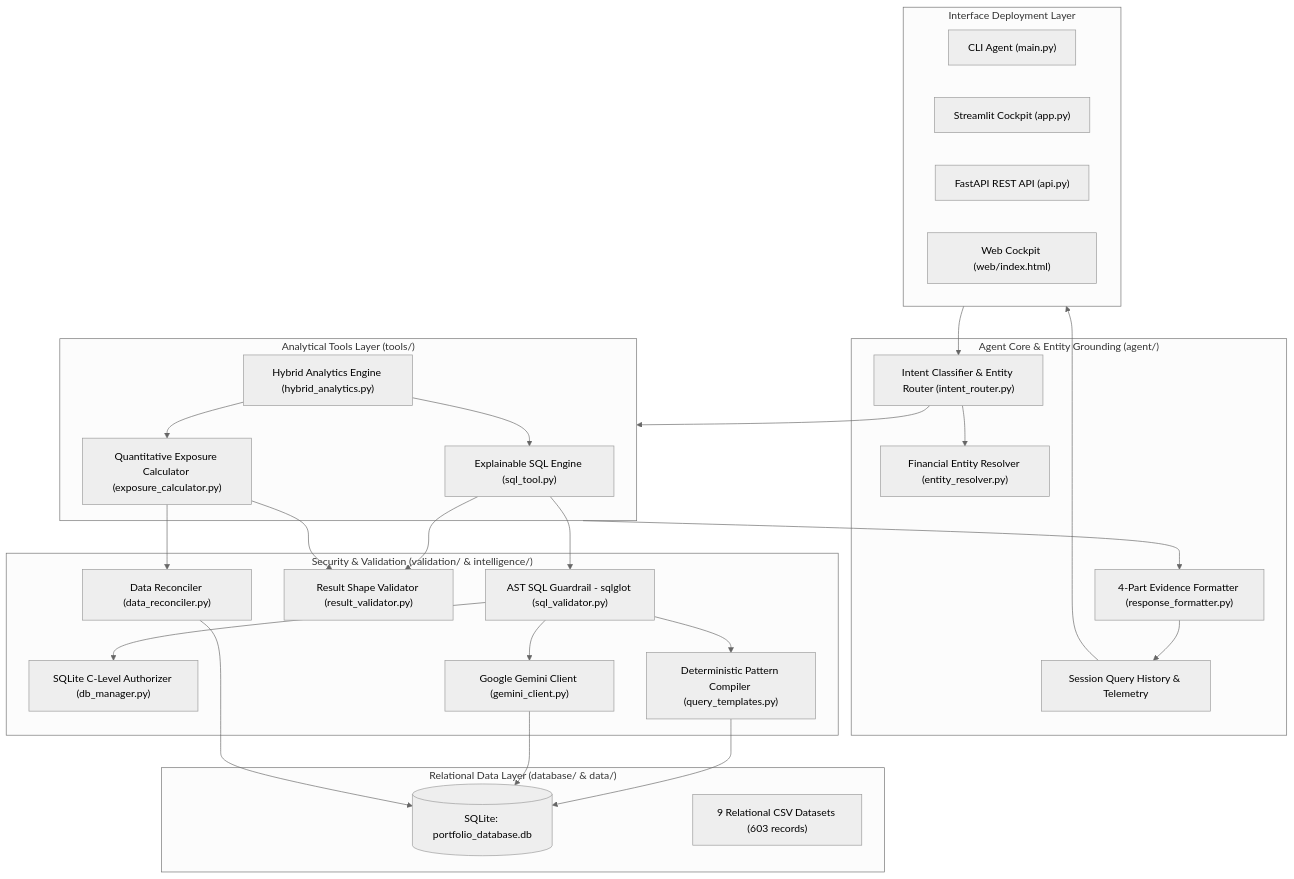
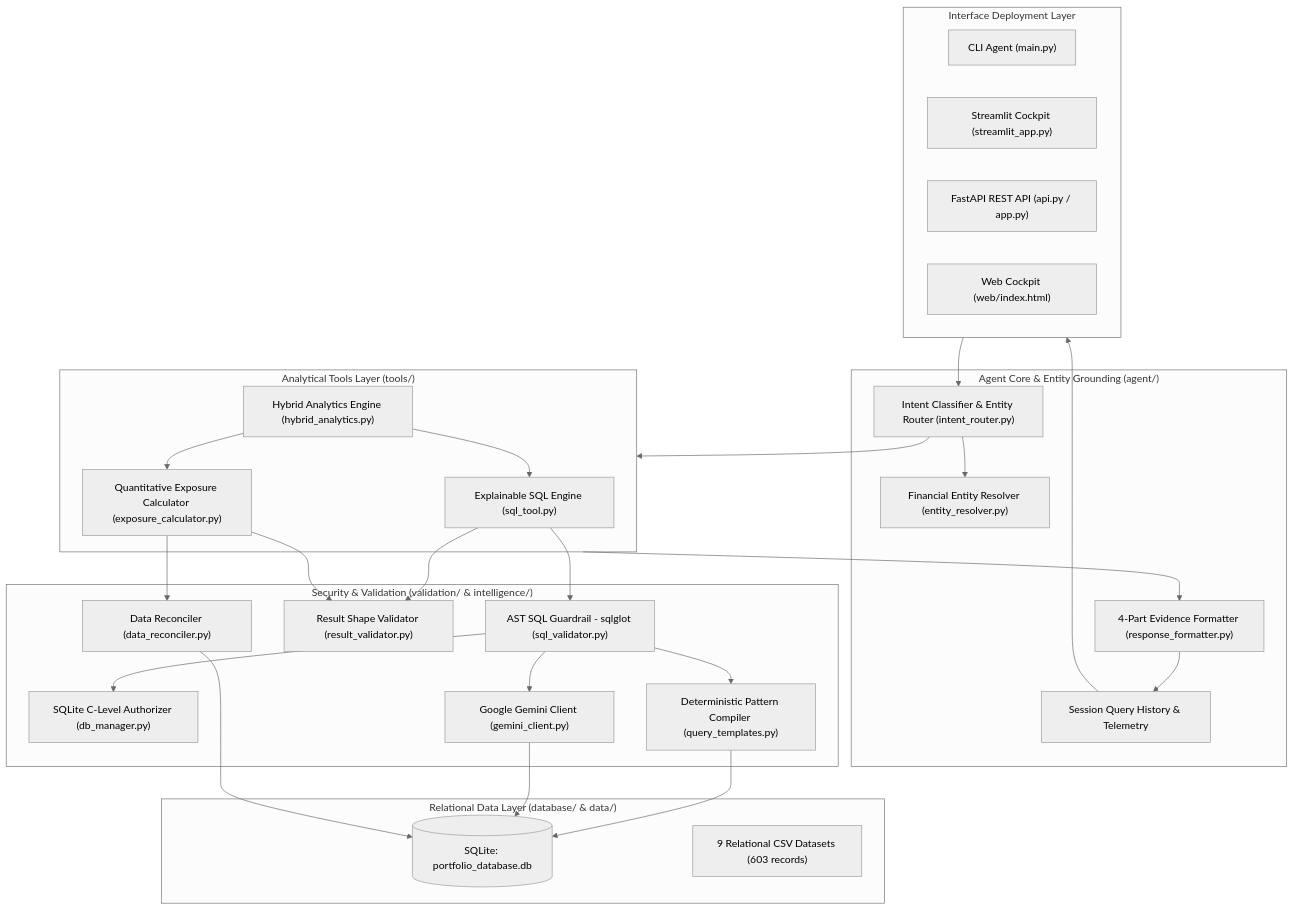
One commit to harshkhamkar26/PL_agent changed the diagram in README.md. Above: the diagram before and after it, drawn with Mermaid (neutral theme). The commit also changed other lines of this file and 2 other files, not shown here.

````diff
--- a/README.md
+++ b/README.md
@@ -90,55 +106,55 @@
 ```mermaid
 flowchart TD
     subgraph UI ["Interface Deployment Layer"]
         CLI["CLI Agent (main.py)"]
-        WEB["Streamlit Cockpit (app.py)"]
-        API["FastAPI REST API (api.py)"]
+        WEB["Streamlit Cockpit (streamlit_app.py)"]
+        API["FastAPI REST API (api.py / app.py)"]
         HTML["Web Cockpit (web/index.html)"]
     end
 
     subgraph Core ["Agent Core & Entity Grounding (agent/)"]
         Resolver["Financial Entity Resolver (entity_resolver.py)"]
         Router["Intent Classifier & Entity Router (intent_router.py)"]
         Formatter["4-Part Evidence Formatter (response_formatter.py)"]
         History["Session Query History & Telemetry"]
     end
 
     subgraph Tools ["Analytical Tools Layer (tools/)"]
         SQLTool["Explainable SQL Engine (sql_tool.py)"]
         ExpTool["Quantitative Exposure Calculator (exposure_calculator.py)"]
         HybTool["Hybrid Analytics Engine (hybrid_analytics.py)"]
     end
 
     subgraph Guardrails ["Security & Validation (validation/ & intelligence/)"]
         AST["AST SQL Guardrail - sqlglot (sql_validator.py)"]
         CAuthorizer["SQLite C-Level Authorizer (db_manager.py)"]
         ResultVal["Result Shape Validator (result_validator.py)"]
         Reconciler["Data Reconciler (data_reconciler.py)"]
         Gemini["Google Gemini Client (gemini_client.py)"]
         Templates["Deterministic Pattern Compiler (query_templates.py)"]
     end
 
     subgraph Storage ["Relational Data Layer (database/ & data/)"]
         DB[(SQLite: portfolio_database.db)]
         CSVs["9 Relational CSV Datasets (603 records)"]
     end
 
     UI --> Router
     Router --> Resolver
     Router --> Tools
     SQLTool --> AST
     AST --> CAuthorizer
     AST --> Templates
     AST --> Gemini
     Templates --> DB
     Gemini --> DB
     SQLTool --> ResultVal
     ExpTool --> Reconciler
     ExpTool --> ResultVal
     Reconciler --> DB
     HybTool --> SQLTool
     HybTool --> ExpTool
     Tools --> Formatter
     Formatter --> History
     History --> UI
 ```
````
